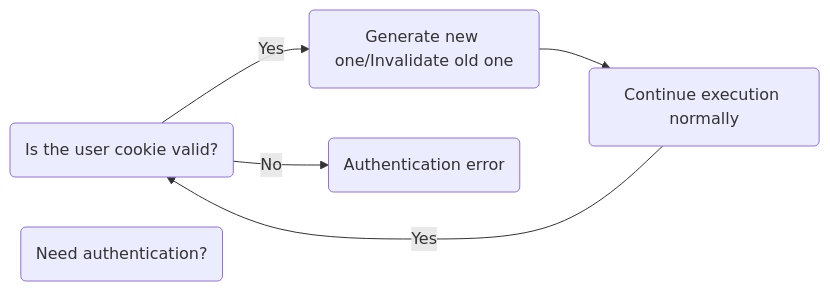
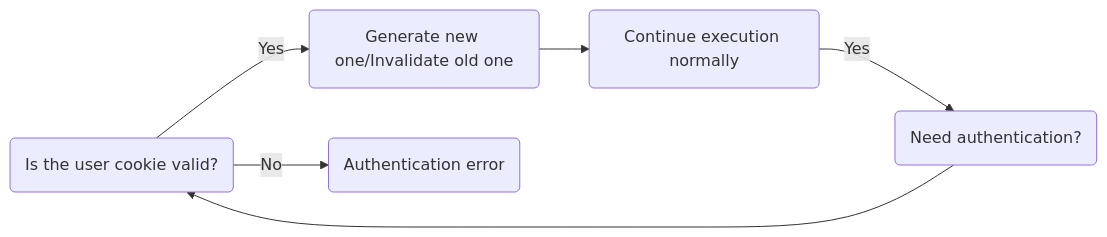
One commit to ed-henrique/suk changed the diagram in README.md. Above: the diagram before and after it, drawn with Mermaid. The commit also changed other lines of this file, not shown here.

````diff
--- a/README.md
+++ b/README.md
@@ -5,13 +5,14 @@
 ```mermaid
 flowchart LR
     Q1(Is the user cookie valid?)
     Q2(Need authentication?)
     P1(Generate new one/Invalidate old one)
     C1(Continue execution normally)
     C2(Authentication error)
 
     Q1-->|No|C2
     Q1-->|Yes|P1
     P1-->C1
-    C1-->|Yes|Q1
+    C1-->|Yes|Q2
+    Q2-->Q1
 ```
````
